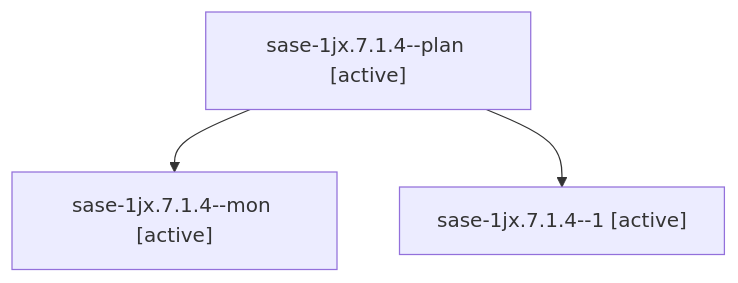
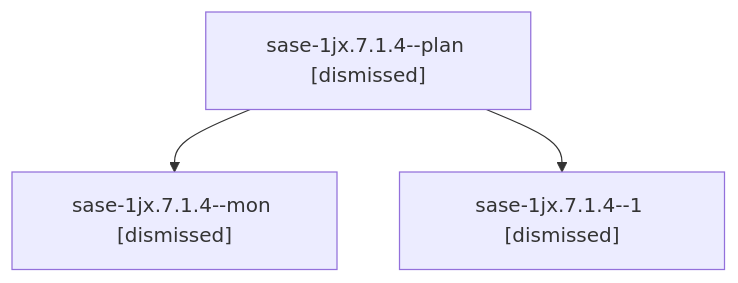
Before and after one commit to sase-org/sase--agents: the diagram in sessions/bbugyi200.athena.sase-1jx.7.1.4.md, drawn with Mermaid. The commit also changed other lines of this file and 105 other files, not shown here.

````diff
--- a/sessions/bbugyi200.athena.sase-1jx.7.1.4.md
+++ b/sessions/bbugyi200.athena.sase-1jx.7.1.4.md
@@ -9,8 +9,8 @@
 ```mermaid
 flowchart TD
-  n0["sase-1jx.7.1.4--plan [active]"]
-  n1["sase-1jx.7.1.4--mon [active]"]
+  n0["sase-1jx.7.1.4--plan [dismissed]"]
+  n1["sase-1jx.7.1.4--mon [dismissed]"]
   n0 --> n1
-  n2["sase-1jx.7.1.4--1 [active]"]
+  n2["sase-1jx.7.1.4--1 [dismissed]"]
   n0 --> n2
 ```
````
